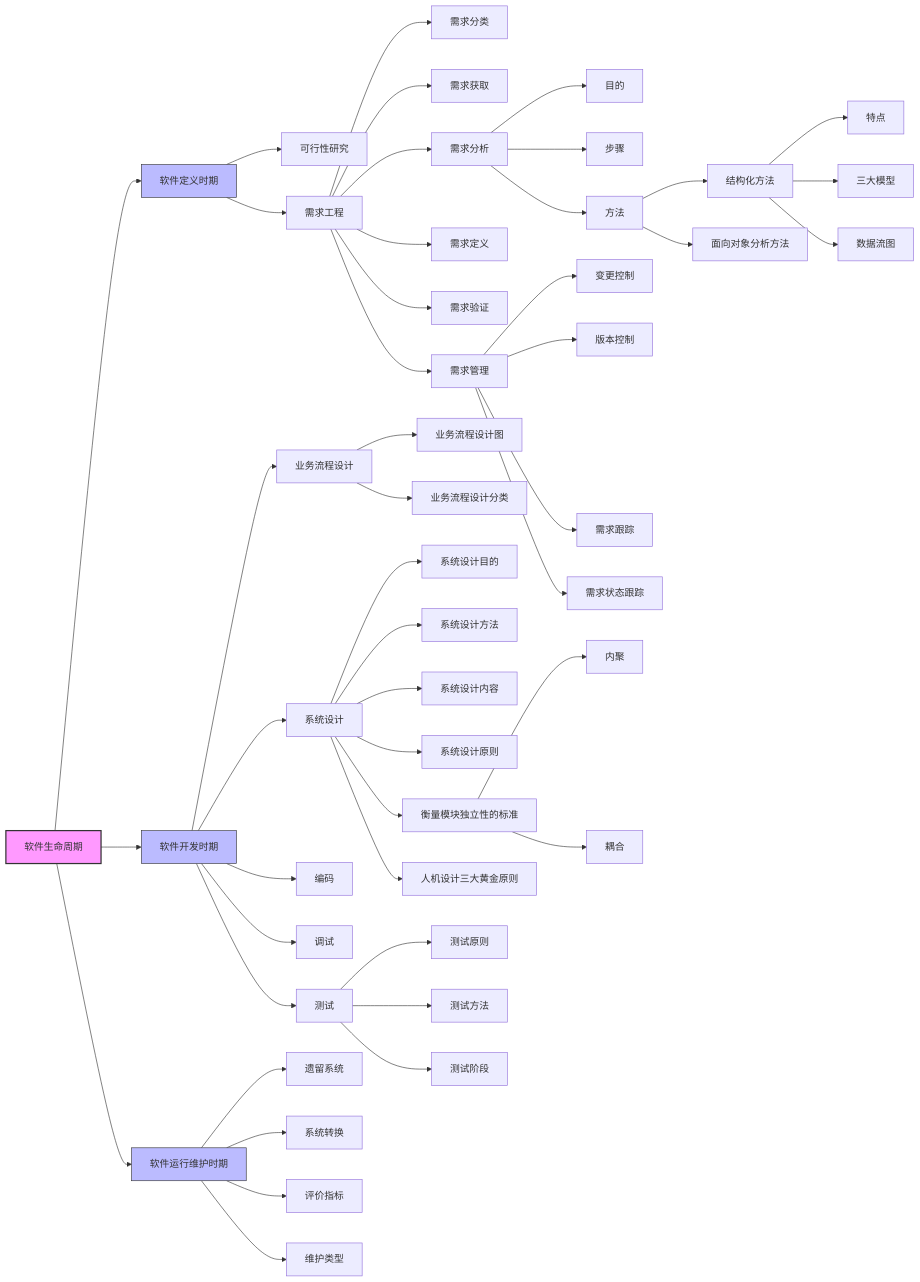
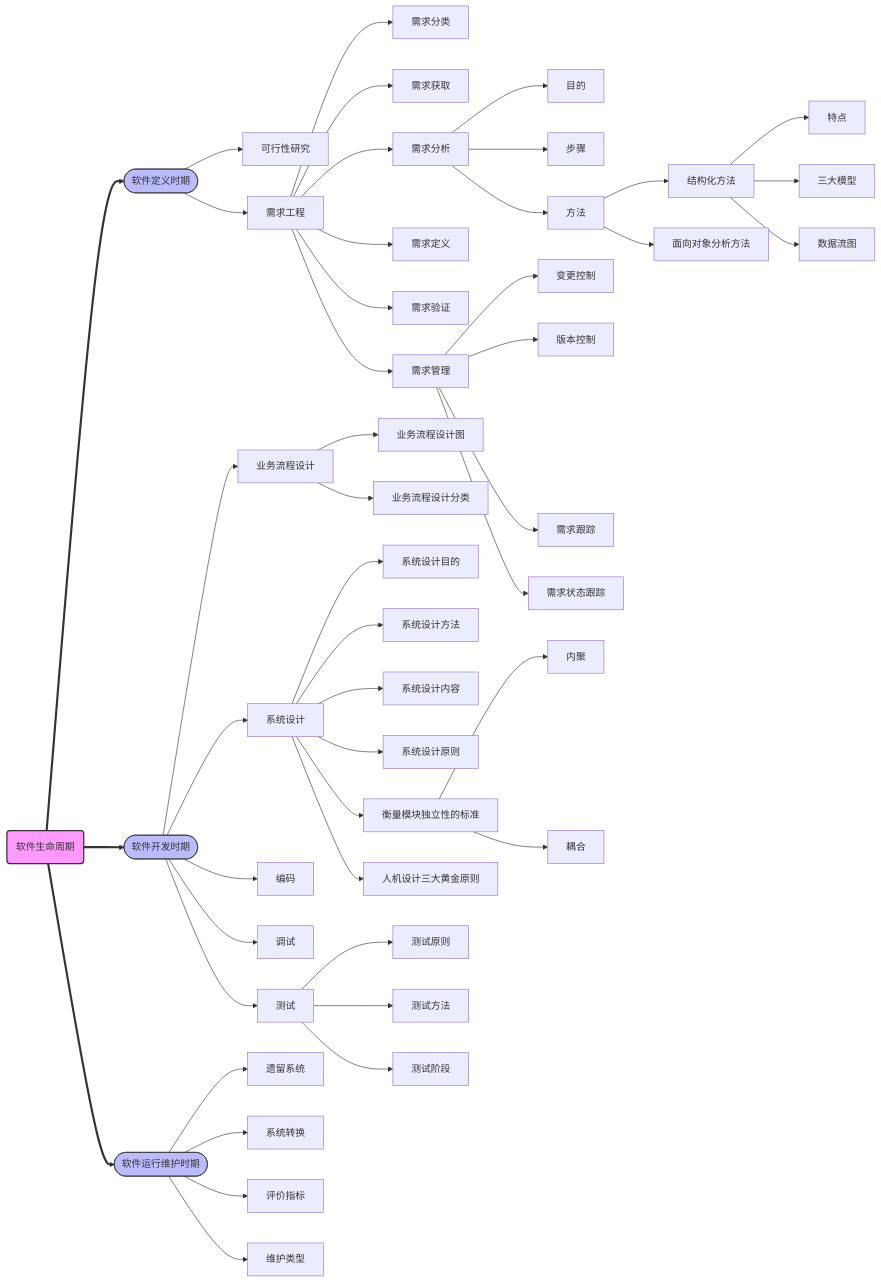
Before and after one commit to Rtoax/test-linux: the diagram in Documentation/ruankao/architecture.rst, drawn with Mermaid. The commit also changed 1 other file, not shown here.

Commit message:
Doc: mermaid: flowchart
Link: https://docs.min2k.com/zh/mermaid/syntax/flowchart.html
Vers: Ubuntu 25.10, Linux 6.17.0-19-generic, LaTeXmk 4.87, Sphinx 8.2.3, Python 3.13.7

```diff
--- a/Documentation/ruankao/architecture.rst
+++ b/Documentation/ruankao/architecture.rst
@@ -5,65 +5,65 @@
 .. mermaid::
 
     flowchart LR
-        lifecycle[软件生命周期] --> define[软件定义时期]
-        lifecycle --> devel[软件开发时期]
-        lifecycle --> run[软件运行维护时期]
+        lifecycle(软件生命周期) ==> define([软件定义时期])
+        lifecycle ==> devel([软件开发时期])
+        lifecycle ==> run([软件运行维护时期])
 
         define --> define1[可行性研究]
         define --> define2[需求工程]
 
         define2 --> define21[需求分类]
         define2 --> define22[需求获取]
         define2 --> define23[需求分析]
         define2 --> define24[需求定义]
         define2 --> define25[需求验证]
         define2 --> define26[需求管理]
 
         define23 --> define231[目的]
         define23 --> define232[步骤]
         define23 --> define233[方法]
 
         define233 --> define2331[结构化方法]
         define233 --> define2332[面向对象分析方法]
 
         define2331 --> define23311[特点]
         define2331 --> define23312[三大模型]
         define2331 --> define23313[数据流图]
 
         define26 --> define261[变更控制]
         define26 --> define262[版本控制]
         define26 --> define263[需求跟踪]
         define26 --> define264[需求状态跟踪]
 
         devel --> devel1[业务流程设计]
         devel --> devel2[系统设计]
         devel --> devel3[编码]
         devel --> devel4[调试]
         devel --> devel5[测试]
 
         devel1 --> devel11[业务流程设计图]
         devel1 --> devel12[业务流程设计分类]
 
         devel2 --> devel21[系统设计目的]
         devel2 --> devel22[系统设计方法]
         devel2 --> devel23[系统设计内容]
         devel2 --> devel24[系统设计原则]
         devel2 --> devel25[衡量模块独立性的标准]
         devel2 --> devel26[人机设计三大黄金原则]
 
         devel25 --> devel251[内聚]
         devel25 --> devel252[耦合]
 
         devel5 --> devel51[测试原则]
         devel5 --> devel52[测试方法]
         devel5 --> devel53[测试阶段]
 
         run --> run1[遗留系统]
         run --> run2[系统转换]
         run --> run3[评价指标]
         run --> run4[维护类型]
 
         style lifecycle fill:#f9f,stroke:#333,stroke-width:2px
         style define fill:#bbf,stroke:#333
         style devel fill:#bbf,stroke:#333
         style run fill:#bbf,stroke:#333
```
